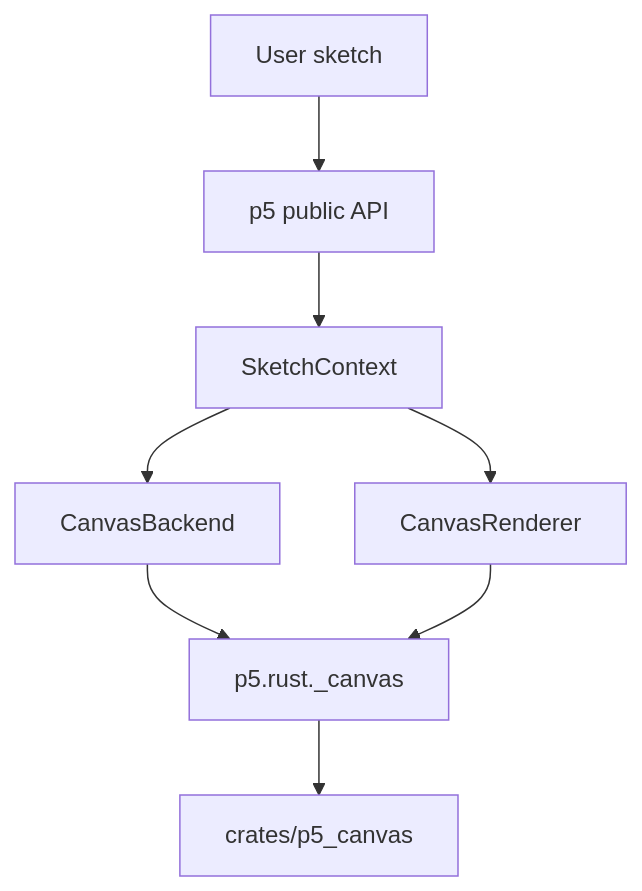
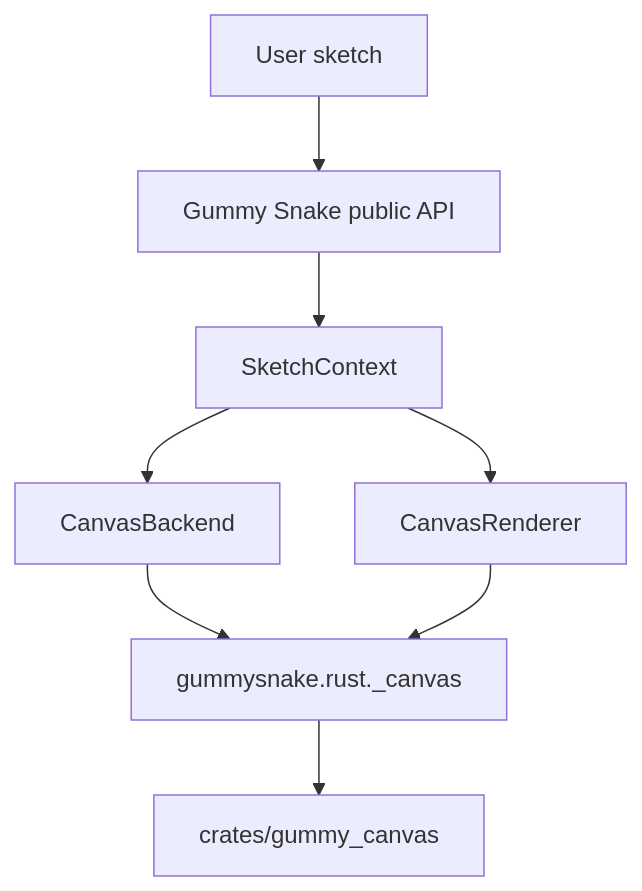
The diagram in docs/contribute/index.md (JonathanHHenson/gummy_snake), drawn with Mermaid before and after one commit. The commit also changed other lines of this file and 195 other files, not shown here.

````diff
--- a/docs/contribute/index.md
+++ b/docs/contribute/index.md
@@ -17,10 +17,10 @@
 ```mermaid
 flowchart TD
-    Sketch[User sketch] --> API[p5 public API]
+    Sketch[User sketch] --> API[Gummy Snake public API]
     API --> Context[SketchContext]
     Context --> Backend[CanvasBackend]
     Context --> Renderer[CanvasRenderer]
-    Backend --> Rust[p5.rust._canvas]
+    Backend --> Rust[gummysnake.rust._canvas]
     Renderer --> Rust
-    Rust --> Crate[crates/p5_canvas]
+    Rust --> Crate[crates/gummy_canvas]
 ```
````
